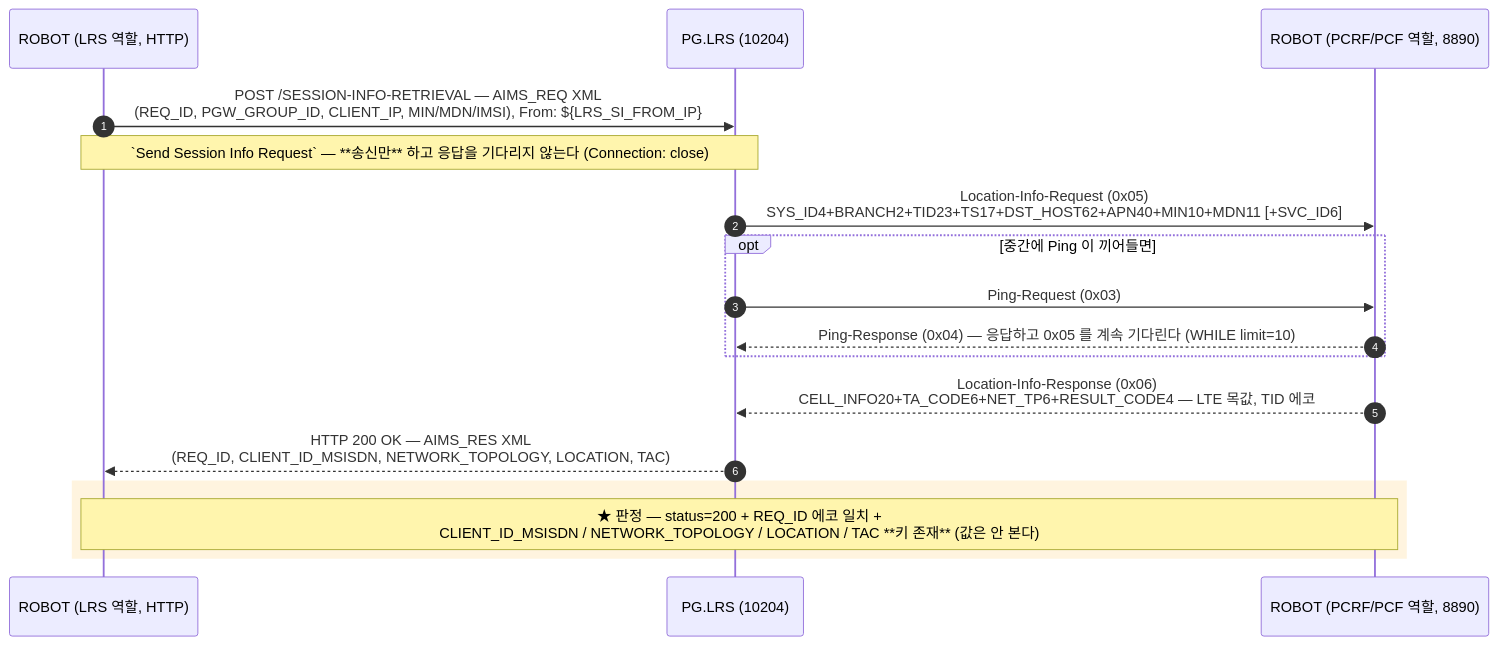
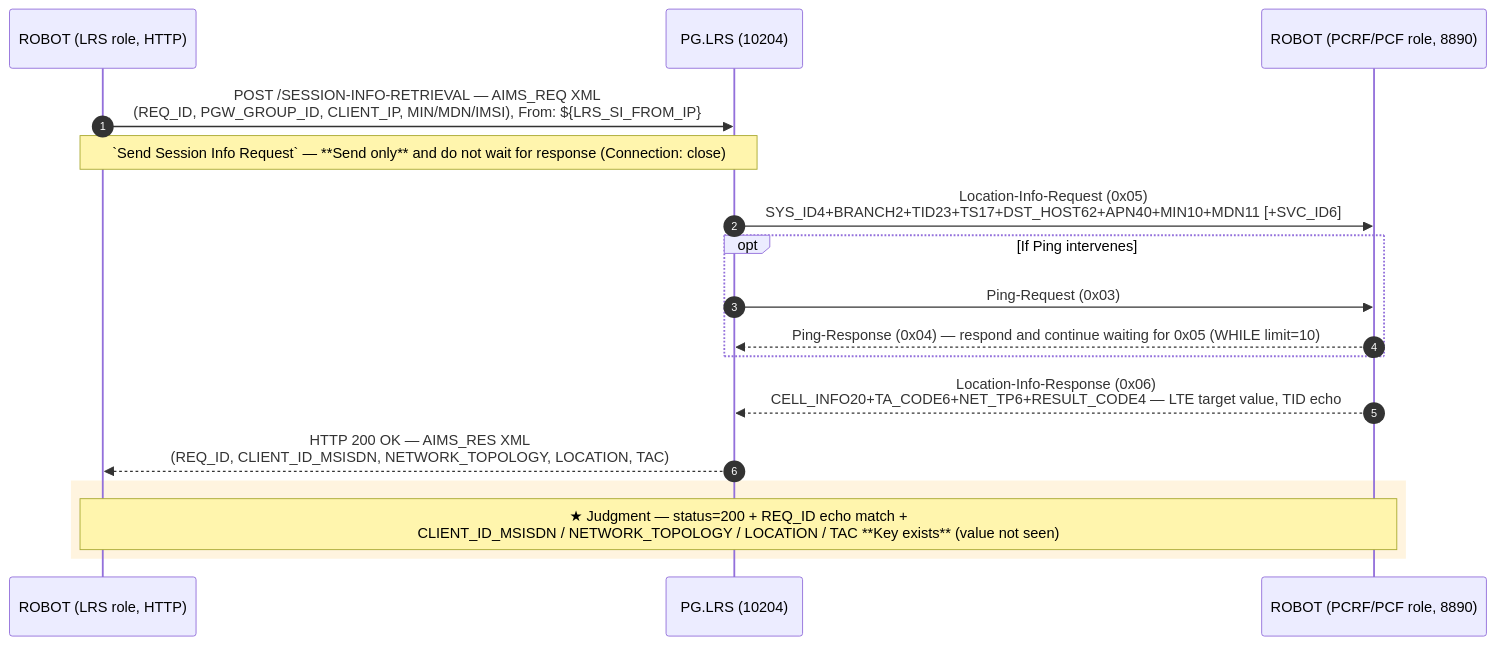
The third of 3 diagrams in docs/callflow/lrs_callflow.md (IanKim2030/tc4robot), drawn with Mermaid before and after one commit. The commit also changed other lines of this file and 83 other files, not shown here.

````diff
--- a/docs/callflow/lrs_callflow.md
+++ b/docs/callflow/lrs_callflow.md
@@ -80,23 +80,23 @@
 ```mermaid
 sequenceDiagram
     autonumber
-    participant TOOL as ROBOT (LRS 역할, HTTP)
+    participant TOOL as ROBOT (LRS role, HTTP)
     participant PLRS as PG.LRS (10204)
-    participant SRV as ROBOT (PCRF/PCF 역할, 8890)
+    participant SRV as ROBOT (PCRF/PCF role, 8890)
 
     TOOL->>PLRS: POST /SESSION-INFO-RETRIEVAL — AIMS_REQ XML<br/>(REQ_ID, PGW_GROUP_ID, CLIENT_IP, MIN/MDN/IMSI), From: ${LRS_SI_FROM_IP}
-    Note over TOOL,PLRS: `Send Session Info Request` — **송신만** 하고 응답을 기다리지 않는다 (Connection: close)
+    Note over TOOL,PLRS:`Send Session Info Request` — **Send only** and do not wait for response (Connection: close)
 
     PLRS->>SRV: Location-Info-Request (0x05)<br/>SYS_ID4+BRANCH2+TID23+TS17+DST_HOST62+APN40+MIN10+MDN11 [+SVC_ID6]
-    opt 중간에 Ping 이 끼어들면
+    opt If Ping intervenes
         PLRS->>SRV: Ping-Request (0x03)
-        SRV-->>PLRS: Ping-Response (0x04) — 응답하고 0x05 를 계속 기다린다 (WHILE limit=10)
+        SRV-->>PLRS:Ping-Response (0x04) — respond and continue waiting for 0x05 (WHILE limit=10)
     end
-    SRV-->>PLRS: Location-Info-Response (0x06)<br/>CELL_INFO20+TA_CODE6+NET_TP6+RESULT_CODE4 — LTE 목값, TID 에코
+    SRV-->>PLRS:Location-Info-Response (0x06)<br/>CELL_INFO20+TA_CODE6+NET_TP6+RESULT_CODE4 — LTE target value, TID echo
 
     PLRS-->>TOOL: HTTP 200 OK — AIMS_RES XML<br/>(REQ_ID, CLIENT_ID_MSISDN, NETWORK_TOPOLOGY, LOCATION, TAC)
 
     rect rgba(255, 176, 32, 0.14)
-    Note over TOOL,SRV: ★ 판정 — status=200 + REQ_ID 에코 일치 +<br/>CLIENT_ID_MSISDN / NETWORK_TOPOLOGY / LOCATION / TAC **키 존재** (값은 안 본다)
+    Note over TOOL,SRV:★ Judgment — status=200 + REQ_ID echo match +<br/>CLIENT_ID_MSISDN / NETWORK_TOPOLOGY / LOCATION / TAC **Key exists** (value not seen)
     end
 ```
````
